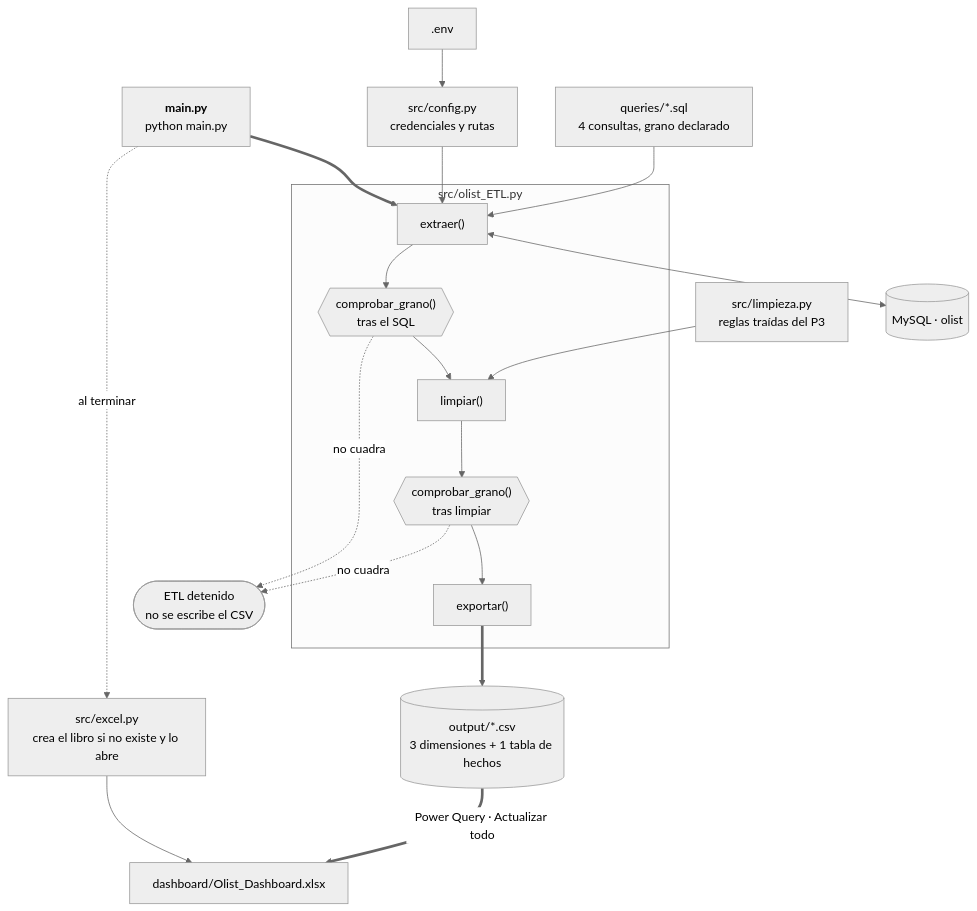
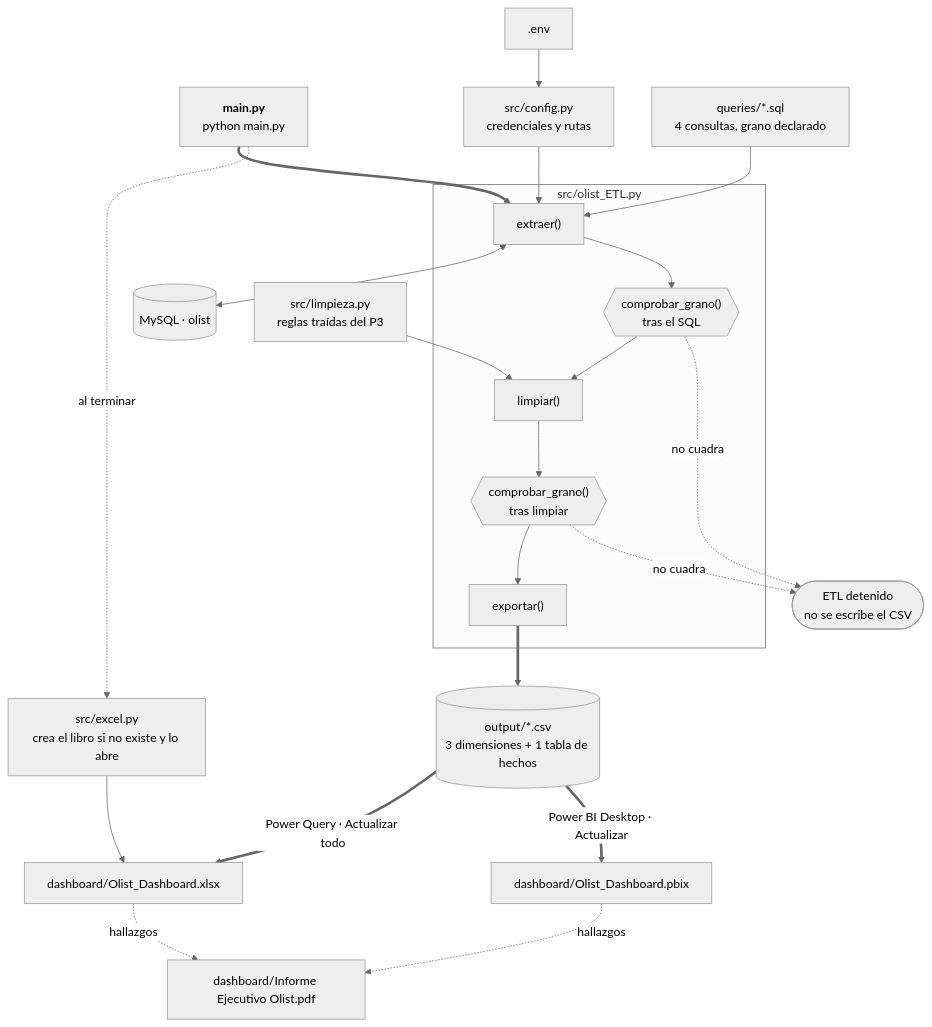
One commit to Bootcamp-DA-P3/Flujo_de_Datos_de_SQL_a_Python_tania_lena_eddy_franco changed the first of 2 diagrams in README.md. Above: the diagram before and after it, drawn with Mermaid (neutral theme). The commit also changed other lines of this file, not shown here.

````diff
--- a/README.md
+++ b/README.md
@@ -48,32 +48,37 @@
 ```mermaid
 flowchart TB
     MAIN["<b>main.py</b><br/>python main.py"]
     ENV[".env"] --> CFG["src/config.py<br/>credenciales y rutas"]
     SQL["queries/*.sql<br/>4 consultas, grano declarado"]
     DB[("MySQL · olist")]
     LIMP["src/limpieza.py<br/>reglas traídas del P3"]
     CSV[("output/*.csv<br/>3 dimensiones + 1 tabla de hechos")]
     XLS["dashboard/Olist_Dashboard.xlsx"]
+    PBI["dashboard/Olist_Dashboard.pbix"]
+    INF["dashboard/Informe Ejecutivo Olist.pdf"]
     STOP(["ETL detenido<br/>no se escribe el CSV"])
 
     MAIN ==> E1
     CFG --> E1
     SQL --> E1
     E1 <--> DB
 
     subgraph MOTOR["src/olist_ETL.py"]
         E1["extraer()"]
         E2{{"comprobar_grano()<br/>tras el SQL"}}
         E3["limpiar()"]
         E4{{"comprobar_grano()<br/>tras limpiar"}}
         E5["exportar()"]
         E1 --> E2 --> E3 --> E4 --> E5
     end
 
     LIMP --> E3
     E2 -.->|no cuadra| STOP
     E4 -.->|no cuadra| STOP
     E5 ==> CSV
     CSV ==>|"Power Query · Actualizar todo"| XLS
+    CSV ==>|"Power BI Desktop · Actualizar"| PBI
     MAIN -. "al terminar" .-> XLSPY["src/excel.py<br/>crea el libro si no existe y lo abre"] --> XLS
+    XLS -. hallazgos .-> INF
+    PBI -. hallazgos .-> INF
 ```
````
